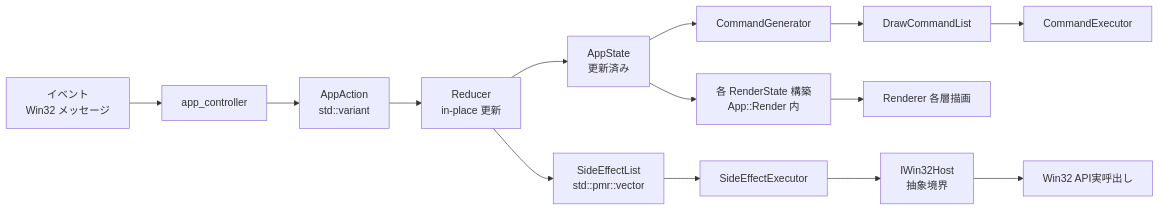
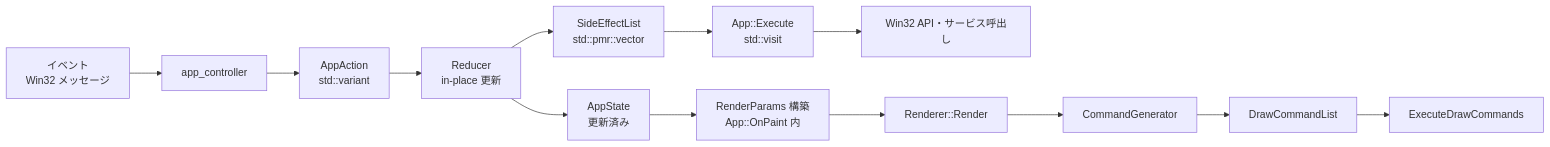
One commit to tanaton/mendo changed the second of 27 diagrams in example/test.md. Above: the diagram before and after it, drawn with Mermaid. The commit also changed other lines of this file and 2 other files, not shown here.

````diff
--- a/example/test.md
+++ b/example/test.md
@@ -107,16 +103,15 @@
 ```mermaid
 flowchart LR
     EVT[イベント<br>Win32 メッセージ] --> AC[app_controller]
     AC --> ACTION[AppAction<br>std::variant]
     ACTION --> RED[Reducer<br>in-place 更新]
     RED --> ST[AppState<br>更新済み]
     RED --> EFF[SideEffectList<br>std::pmr::vector]
-    EFF --> EXEC[SideEffectExecutor]
-    EXEC --> HOST[IWin32Host<br>抽象境界]
-    HOST --> WIN[Win32 API実呼出し]
-    ST --> CG[CommandGenerator]
+    EFF --> EXEC[App::Execute<br>std::visit]
+    EXEC --> WIN[Win32 API・サービス呼出し]
+    ST --> RS[RenderParams 構築<br>App::OnPaint 内]
+    RS --> RNDR[Renderer::Render]
+    RNDR --> CG[CommandGenerator]
     CG --> CMDS[DrawCommandList]
-    CMDS --> CE[CommandExecutor]
-    ST --> RS[各 RenderState 構築<br>App::Render 内]
-    RS --> RNDR[Renderer 各層描画]
+    CMDS --> CE[ExecuteDrawCommands]
 ```
````
